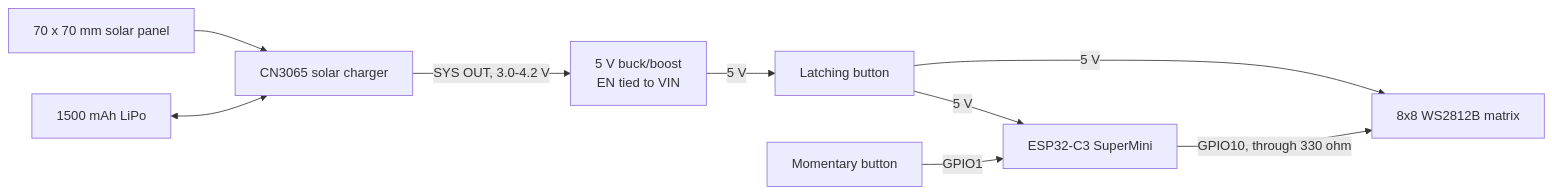
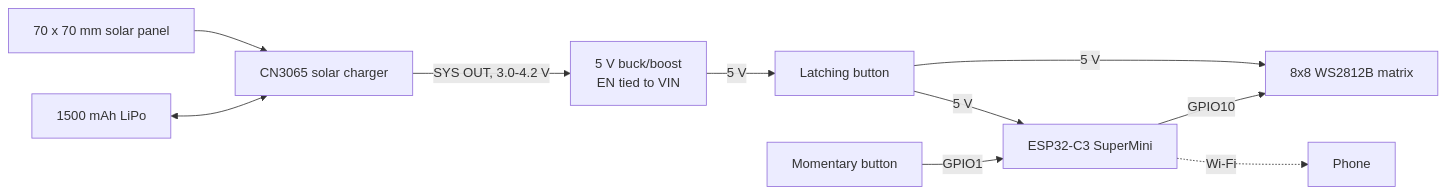
Before and after one commit to hronkrobotics/solar-square: the first of 3 diagrams in README.md, drawn with Mermaid. The commit also changed other lines of this file and 7 other files, not shown here.

````diff
--- a/README.md
+++ b/README.md
@@ -55,11 +43,12 @@
 ```mermaid
 flowchart LR
     PANEL["70 x 70 mm solar panel"] --> CN["CN3065 solar charger"]
     CELL["1500 mAh LiPo"] <--> CN
     CN -->|"SYS OUT, 3.0-4.2 V"| REG["5 V buck/boost<br/>EN tied to VIN"]
     REG -->|"5 V"| SW["Latching button"]
     SW -->|"5 V"| MCU["ESP32-C3 SuperMini"]
     SW -->|"5 V"| MATRIX["8x8 WS2812B matrix"]
-    MCU -->|"GPIO10, through 330 ohm"| MATRIX
+    MCU -->|"GPIO10"| MATRIX
     BTN["Momentary button"] -->|"GPIO1"| MCU
+    MCU -.->|"Wi-Fi"| PHONE["Phone"]
 ```
````
